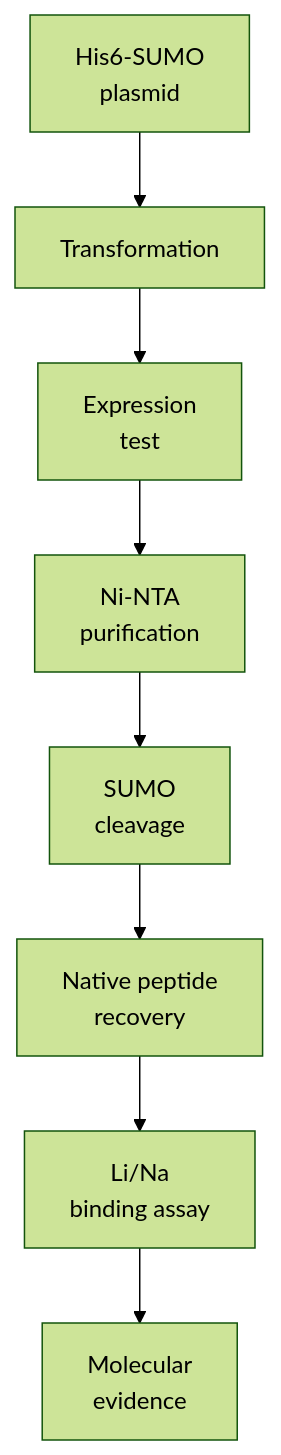
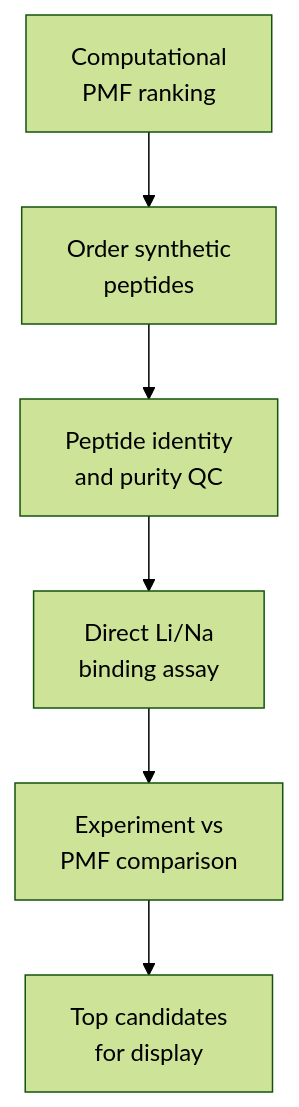
The diagram in 02_experimental_validation/track_A_purified_peptide/README.md (jackyissocute/LiSPER), drawn with Mermaid (forest theme) before and after one commit. The commit also changed other lines of this file and 11 other files, not shown here.

````diff
--- a/02_experimental_validation/track_A_purified_peptide/README.md
+++ b/02_experimental_validation/track_A_purified_peptide/README.md
@@ -9,22 +11,18 @@
 ```mermaid
 flowchart TD
-    accTitle: Track A Bench Workflow
-    accDescr: Track A starts with His6-SUMO-LiSPER plasmids and proceeds through expression, purification, cleavage, peptide recovery, QC, and Li over Na binding assays.
+    accTitle: Track A Binding Workflow
+    accDescr: Track A now starts with ordered synthetic peptides, measures Li and Na binding directly, compares results with PMF ranking, and selects candidates for surface display.
 
-    plasmid["His6-SUMO<br/>plasmid"]
-    transformation["Transformation"]
-    expression["Expression<br/>test"]
-    purification["Ni-NTA<br/>purification"]
-    cleavage["SUMO<br/>cleavage"]
-    recovery["Native peptide<br/>recovery"]
-    assay["Li/Na<br/>binding assay"]
-    evidence["Molecular<br/>evidence"]
+    ranking["Computational<br/>PMF ranking"]
+    order["Order synthetic<br/>peptides"]
+    qc["Peptide identity<br/>and purity QC"]
+    assay["Direct Li/Na<br/>binding assay"]
+    compare["Experiment vs<br/>PMF comparison"]
+    shortlist["Top candidates<br/>for display"]
 
-    plasmid --> transformation
-    transformation --> expression
-    expression --> purification
-    purification --> cleavage
-    cleavage --> recovery
-    recovery --> assay
-    assay --> evidence
+    ranking --> order
+    order --> qc
+    qc --> assay
+    assay --> compare
+    compare --> shortlist
 ```
````
